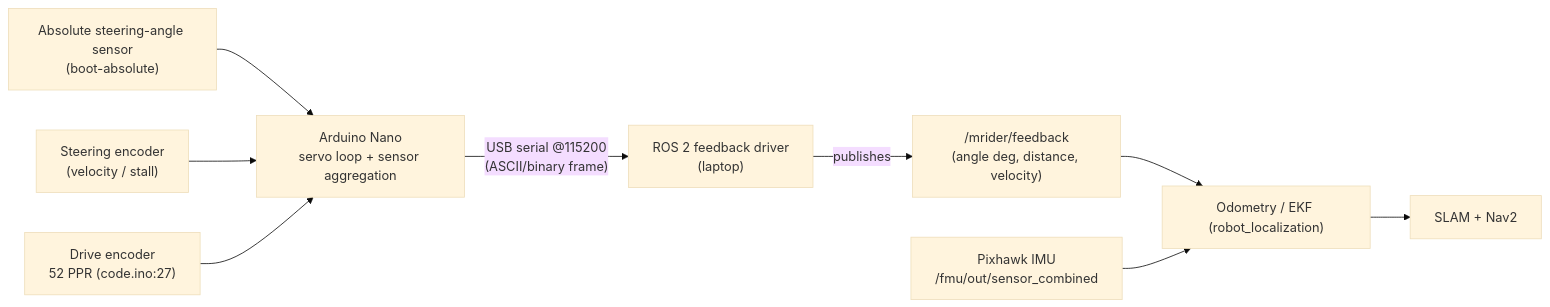
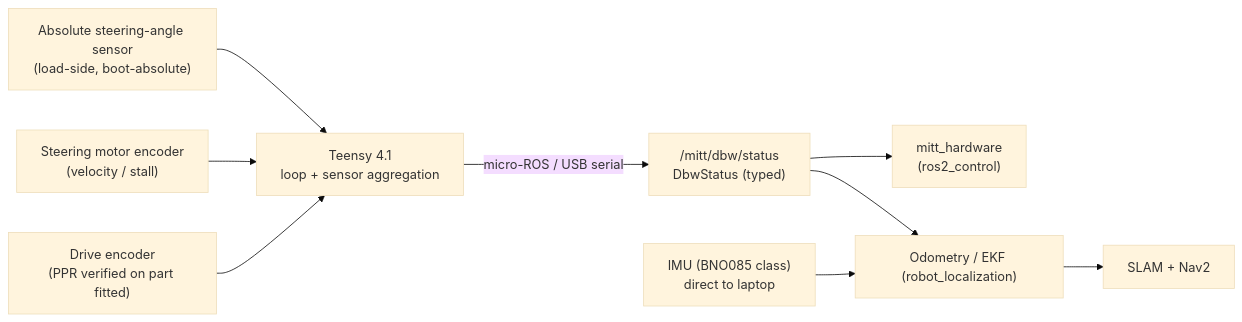
Before and after one commit to jrkwon/mrider: the second of 3 diagrams in docs/design/architecture.md, drawn with Mermaid (base theme). The commit also changed other lines of this file and 25 other files, not shown here.

````diff
--- a/docs/design/architecture.md
+++ b/docs/design/architecture.md
@@ -125,17 +143,17 @@
 ```mermaid
 flowchart LR
-    ANG["Absolute steering-angle sensor<br/>(boot-absolute)"]
-    ENC_S["Steering encoder<br/>(velocity / stall)"]
-    ENC_D["Drive encoder<br/>52 PPR (code.ino:27)"]
+    ANG["Absolute steering-angle sensor<br/>(load-side, boot-absolute)"]
+    ENC_S["Steering motor encoder<br/>(velocity / stall)"]
+    ENC_D["Drive encoder<br/>(PPR verified on part fitted)"]
 
-    ANG --> NANO["Arduino Nano<br/>servo loop + sensor aggregation"]
-    ENC_S --> NANO
-    ENC_D --> NANO
+    ANG --> TEENSY["Teensy 4.1<br/>loop + sensor aggregation"]
+    ENC_S --> TEENSY
+    ENC_D --> TEENSY
 
-    NANO -- "USB serial @115200<br/>(ASCII/binary frame)" --> DRV["ROS 2 feedback driver<br/>(laptop)"]
-    DRV -- publishes --> FB["/mrider/feedback<br/>(angle deg, distance, velocity)"]
+    TEENSY -- "micro-ROS / USB serial" --> ST["/mitt/dbw/status<br/>DbwStatus (typed)"]
 
-    FB --> ODO["Odometry / EKF (robot_localization)"]
-    IMU["Pixhawk IMU<br/>/fmu/out/sensor_combined"] --> ODO
+    ST --> HW["mitt_hardware<br/>(ros2_control)"]
+    ST --> ODO["Odometry / EKF (robot_localization)"]
+    IMU["IMU (BNO085 class)<br/>direct to laptop"] --> ODO
     ODO --> NAV["SLAM + Nav2"]
 ```
````
